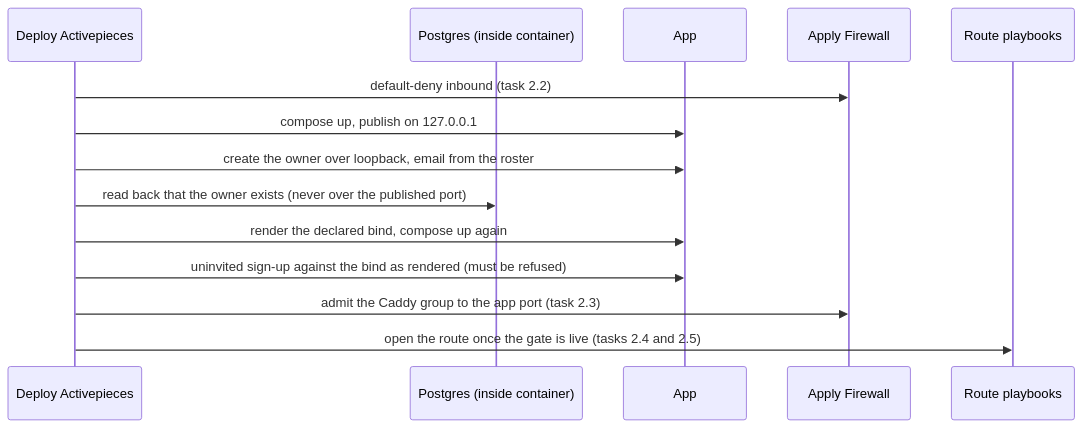
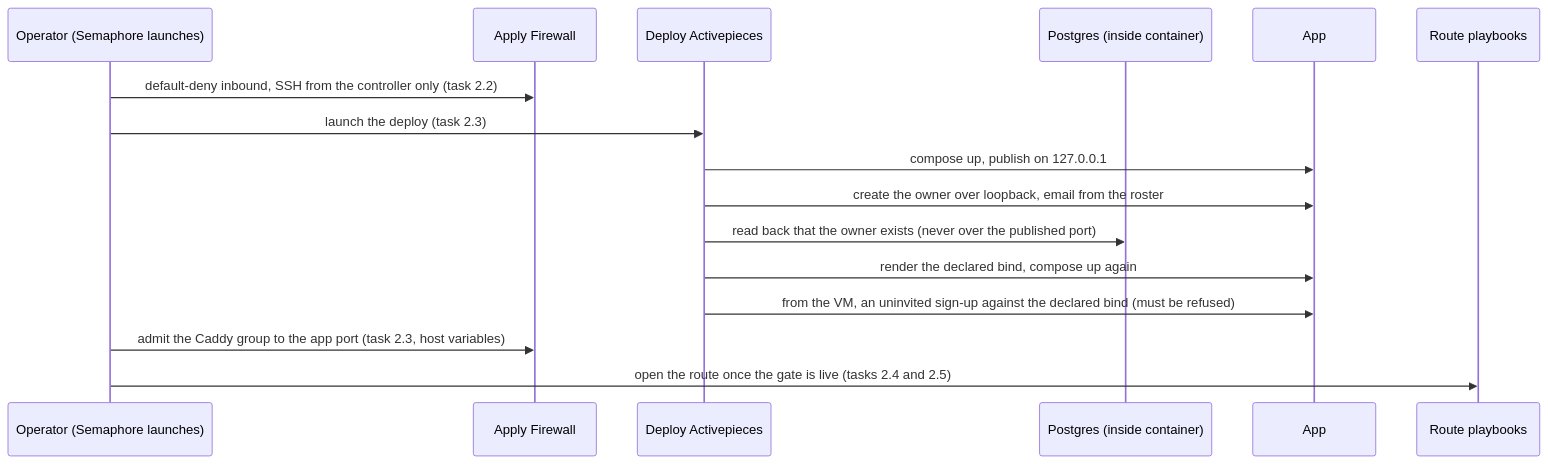
The second of 2 diagrams in plan/development/26-activepieces.md (uhstray-io/agent-cloud), drawn with Mermaid before and after one commit. The commit also changed other lines of this file and 2 other files, not shown here.

Commit message:
docs(plan): resolve dangling refs, egress timing, spec scope and deploy order in plan 26 [AC-769]

````diff
--- a/plan/development/26-activepieces.md
+++ b/plan/development/26-activepieces.md
@@ -149,16 +151,18 @@
 ```mermaid
 sequenceDiagram
+    participant O as Operator (Semaphore launches)
+    participant F as Apply Firewall
     participant S as Deploy Activepieces
     participant D as Postgres (inside container)
     participant A as App
-    participant F as Apply Firewall
     participant C as Route playbooks
-    S->>F: default-deny inbound (task 2.2)
+    O->>F: default-deny inbound, SSH from the controller only (task 2.2)
+    O->>S: launch the deploy (task 2.3)
     S->>A: compose up, publish on 127.0.0.1
     S->>A: create the owner over loopback, email from the roster
     S->>D: read back that the owner exists (never over the published port)
     S->>A: render the declared bind, compose up again
-    S->>A: uninvited sign-up against the bind as rendered (must be refused)
-    S->>F: admit the Caddy group to the app port (task 2.3)
-    S->>C: open the route once the gate is live (tasks 2.4 and 2.5)
+    S->>A: from the VM, an uninvited sign-up against the declared bind (must be refused)
+    O->>F: admit the Caddy group to the app port (task 2.3, host variables)
+    O->>C: open the route once the gate is live (tasks 2.4 and 2.5)
 ```
````
